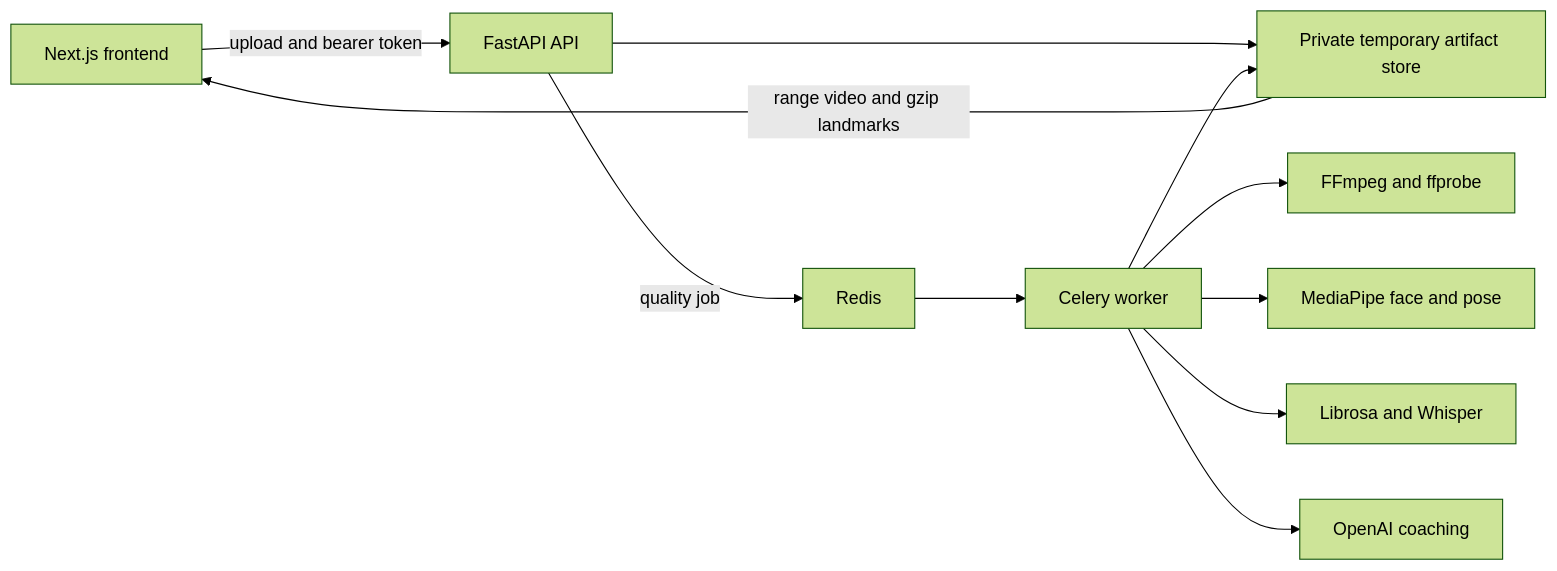
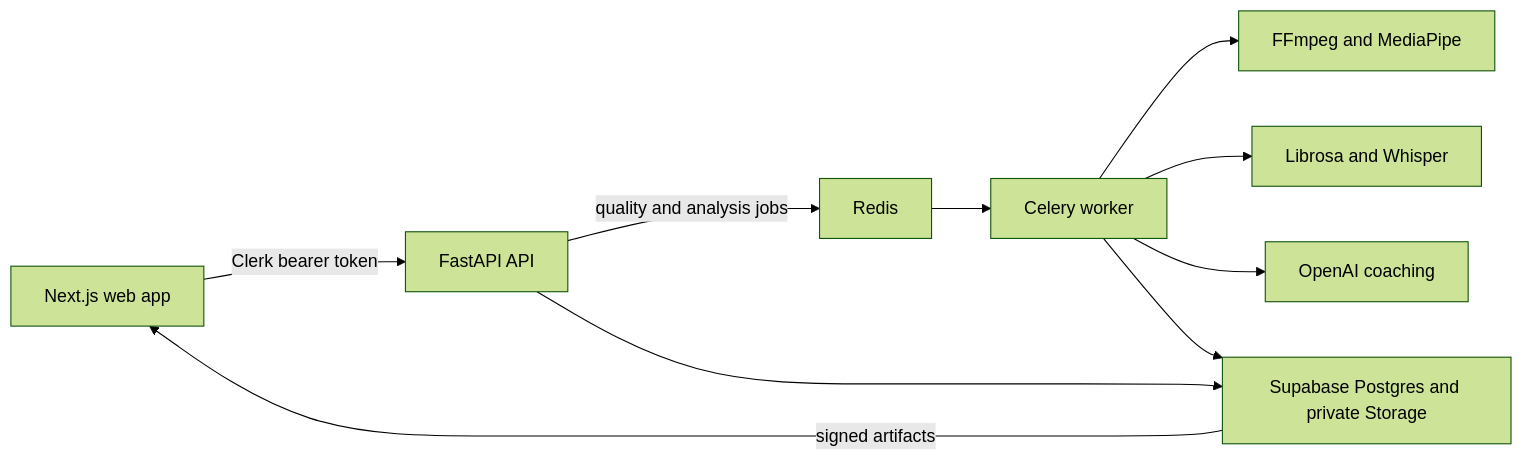
Before and after one commit to maxi-cmyk/it-sPeak: the diagram in README.md, drawn with Mermaid (forest theme). The commit also changed other lines of this file and 5 other files, not shown here.

````diff
--- a/README.md
+++ b/README.md
@@ -111,13 +28,12 @@
 ```mermaid
 flowchart LR
-    UI[Next.js frontend] -->|upload and bearer token| API[FastAPI API]
-    API --> STORE[Private temporary artifact store]
-    API -->|quality job| REDIS[Redis]
+    WEB[Next.js web app] -->|Clerk bearer token| API[FastAPI API]
+    API -->|quality and analysis jobs| REDIS[Redis]
     REDIS --> WORKER[Celery worker]
-    WORKER --> FFMPEG[FFmpeg and ffprobe]
-    WORKER --> CV[MediaPipe face and pose]
+    WORKER --> MEDIA[FFmpeg and MediaPipe]
     WORKER --> AUDIO[Librosa and Whisper]
     WORKER --> COACH[OpenAI coaching]
-    WORKER --> STORE
-    STORE -->|range video and gzip landmarks| UI
+    API --> SUPA[Supabase Postgres and private Storage]
+    WORKER --> SUPA
+    SUPA -->|signed artifacts| WEB
 ```
````
